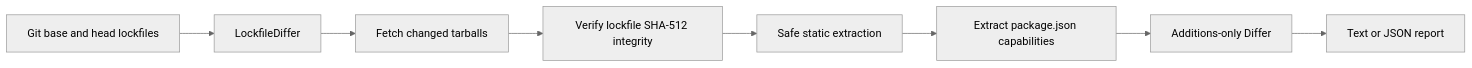
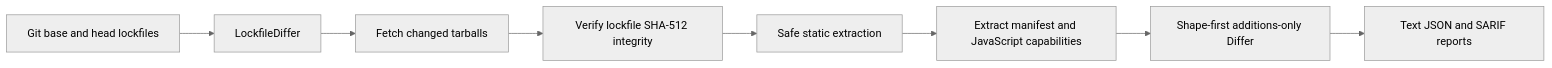
One commit to Volkiaa/capdelta changed the diagram in README.md. Above: the diagram before and after it, drawn with Mermaid (neutral theme). The commit also changed other lines of this file and 10 other files, not shown here.

Commit message:
feat(action): upload SARIF code-scanning reports

````diff
--- a/README.md
+++ b/README.md
@@ -137,10 +139,10 @@
 ```mermaid
 flowchart LR
     A[Git base and head lockfiles] --> B[LockfileDiffer]
     B --> C[Fetch changed tarballs]
     C --> D[Verify lockfile SHA-512 integrity]
     D --> E[Safe static extraction]
-    E --> F[Extract package.json capabilities]
-    F --> G[Additions-only Differ]
-    G --> H[Text or JSON report]
+    E --> F[Extract manifest and JavaScript capabilities]
+    F --> G[Shape-first additions-only Differ]
+    G --> H[Text JSON and SARIF reports]
 ```
````
